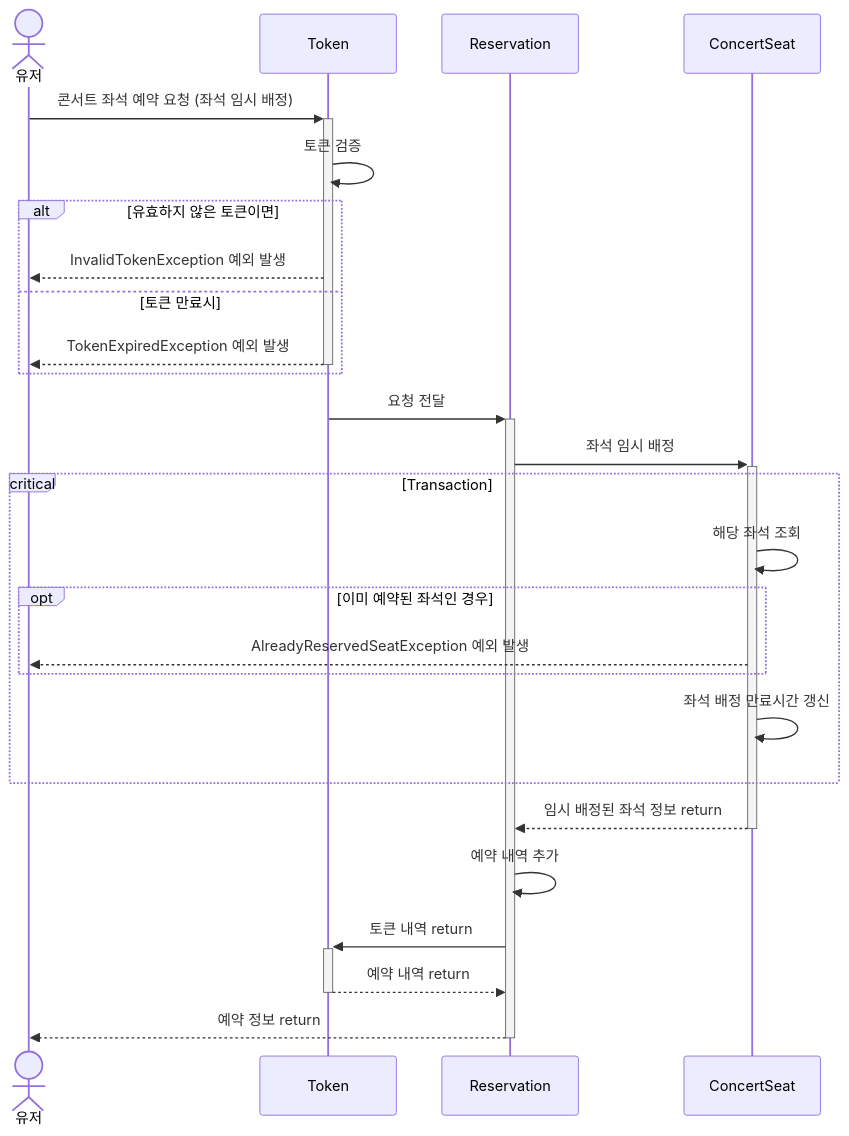
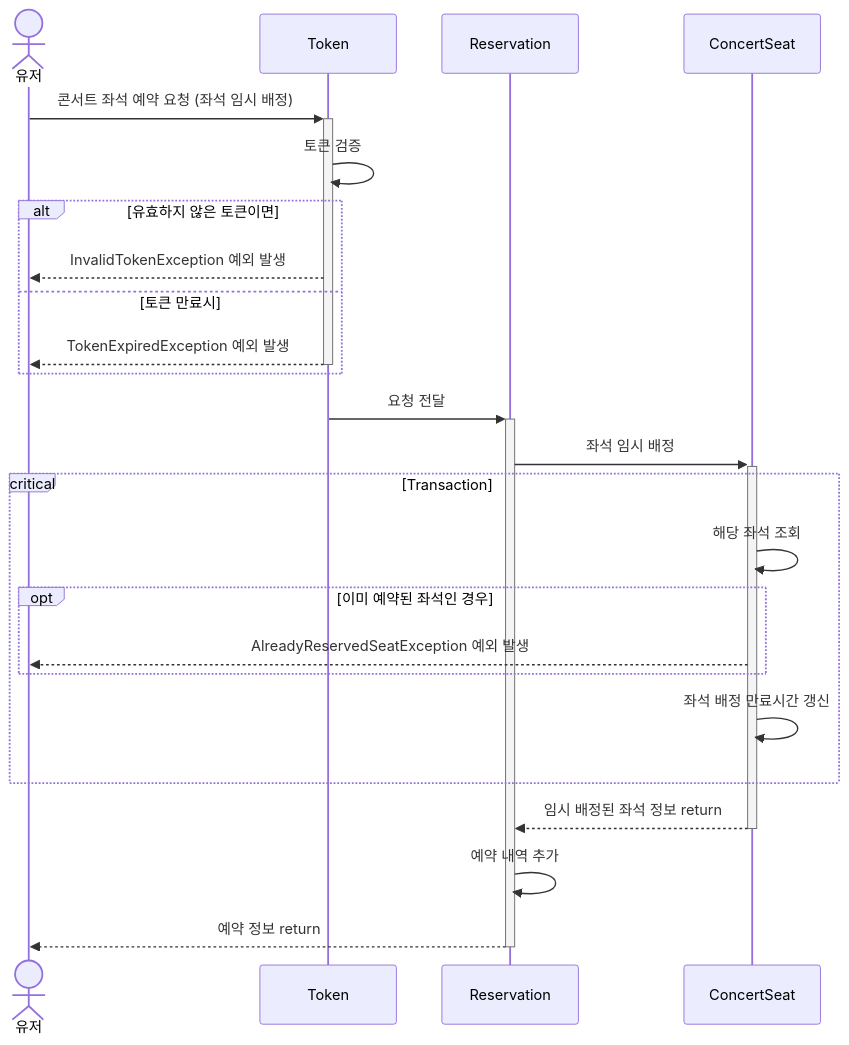
Before and after one commit to giwonn/hhplus-concert: the eighth of 11 diagrams in docs/sequence_diagram.md, drawn with Mermaid. The commit also changed other lines of this file and 3 other files, not shown here.

Commit message:
feat: 스키마 및 시퀀스 다이어그램 변경

````diff
--- a/docs/sequence_diagram.md
+++ b/docs/sequence_diagram.md
@@ -141,32 +155,29 @@
 ```mermaid
 sequenceDiagram
   actor A1 as 유저
   participant Token as Token
   participant Reservation as Reservation
   participant ConcertSeat as ConcertSeat
 
   A1 ->>+ Token: 콘서트 좌석 예약 요청 (좌석 임시 배정)
   Token ->> Token: 토큰 검증
   alt 유효하지 않은 토큰이면
     Token -->> A1: InvalidTokenException 예외 발생
   else 토큰 만료시
     Token -->>- A1: TokenExpiredException 예외 발생
   end
   Token ->>+ Reservation: 요청 전달
     Reservation ->>+ ConcertSeat: 좌석 임시 배정
   critical Transaction
     ConcertSeat ->> ConcertSeat: 해당 좌석 조회
     opt 이미 예약된 좌석인 경우
         ConcertSeat -->> A1: AlreadyReservedSeatException 예외 발생
     end
       ConcertSeat ->> ConcertSeat: 좌석 배정 만료시간 갱신
   end
   
     ConcertSeat -->>- Reservation: 임시 배정된 좌석 정보 return
     Reservation ->> Reservation: 예약 내역 추가
 
-    Reservation ->>+ Token: 토큰 내역 return
-    Token -->>- Reservation: 예약 내역 return
-
   Reservation -->>- A1: 예약 정보 return
 ```
````
